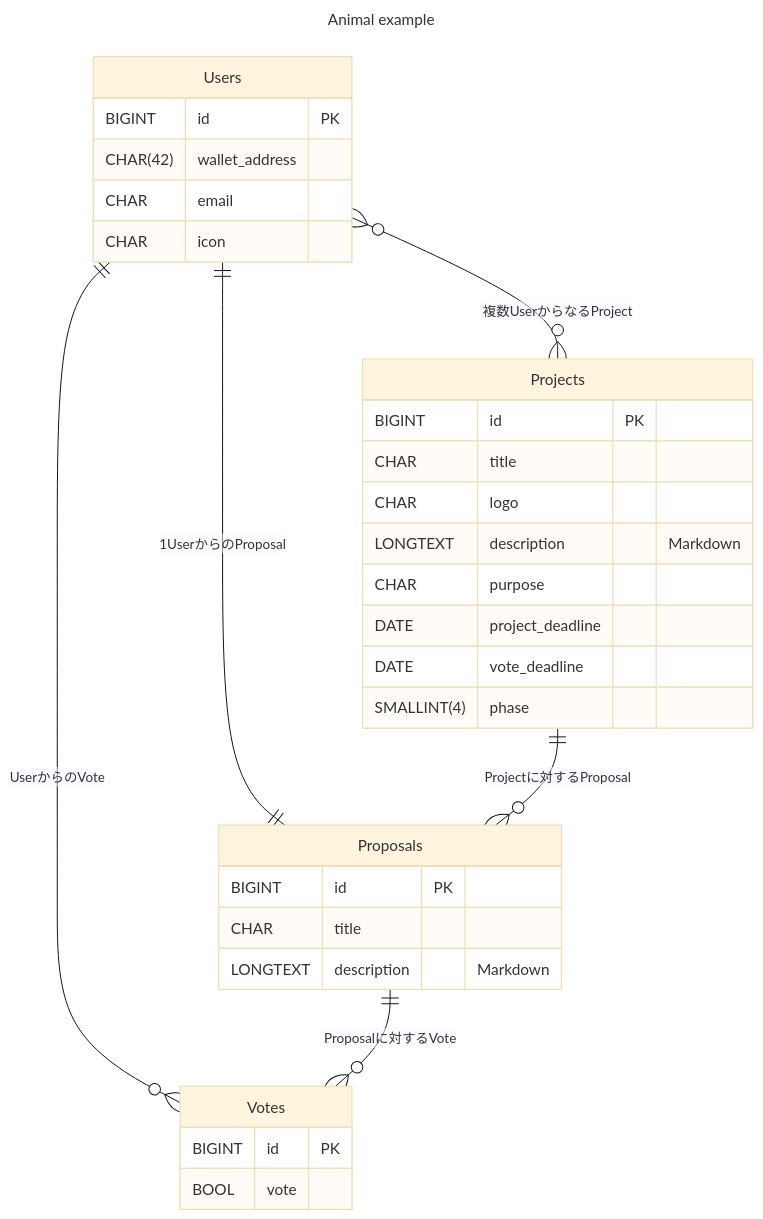
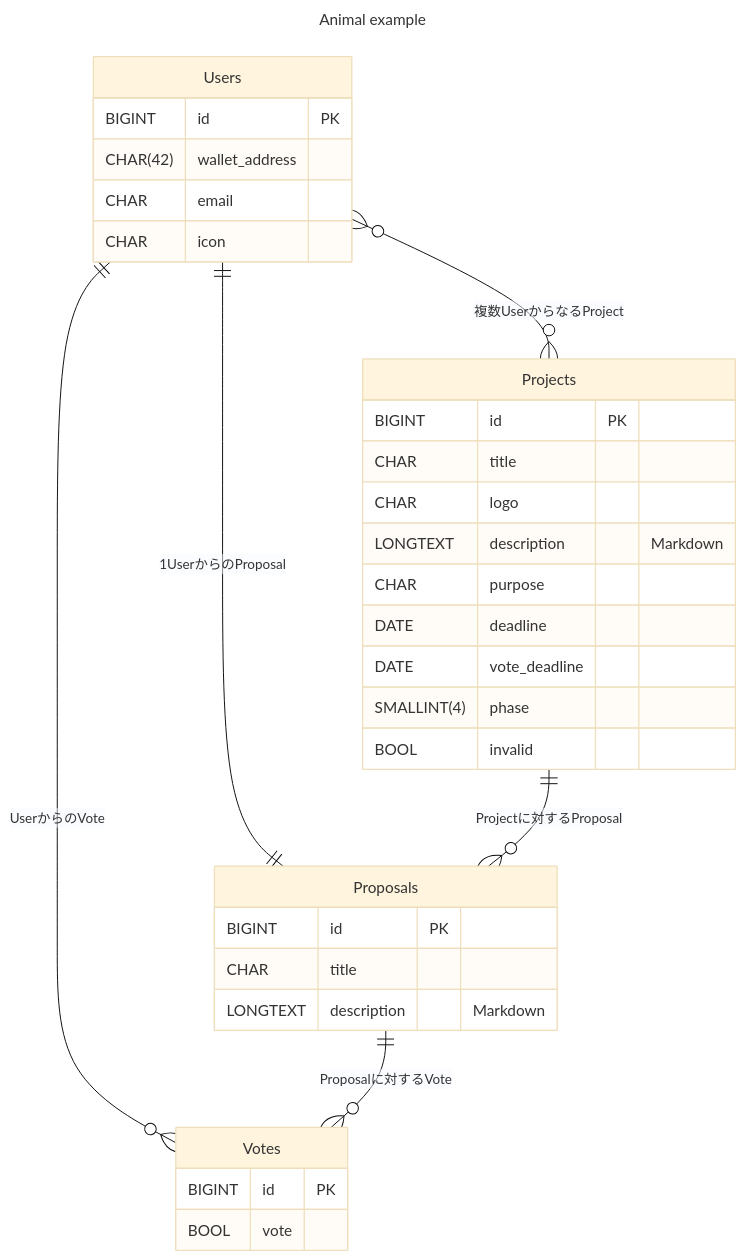
The diagram in src/backend/docs/er.md (cardene777/hakuhodo_key3), drawn with Mermaid (base theme) before and after one commit. The commit also changed other lines of this file and 46 other files, not shown here.

````diff
--- a/src/backend/docs/er.md
+++ b/src/backend/docs/er.md
@@ -1,38 +3,39 @@
 ```mermaid
 ---
 title: Animal example
 ---
 erDiagram
     Users ||--o{ Votes : "UserからのVote"
     Users }o--o{ Projects : "複数UserからなるProject"
     Users ||--|| Proposals : "1UserからのProposal"
     Projects ||--o{ Proposals : "Projectに対するProposal"
     Proposals ||--o{ Votes : "Proposalに対するVote"
     Users {
         BIGINT id PK
         CHAR(42) wallet_address
         CHAR email
         CHAR icon
     }
     Projects {
         BIGINT id PK
         CHAR title
         CHAR logo
         LONGTEXT description "Markdown"
         CHAR purpose
-        DATE project_deadline
+        DATE deadline
         DATE vote_deadline
         SMALLINT(4) phase
+        BOOL invalid
     }
 
     Votes {
         BIGINT id PK
         BOOL vote
     }
 
     Proposals {
         BIGINT id PK
         CHAR title
         LONGTEXT description "Markdown"
     }
 ```
````
